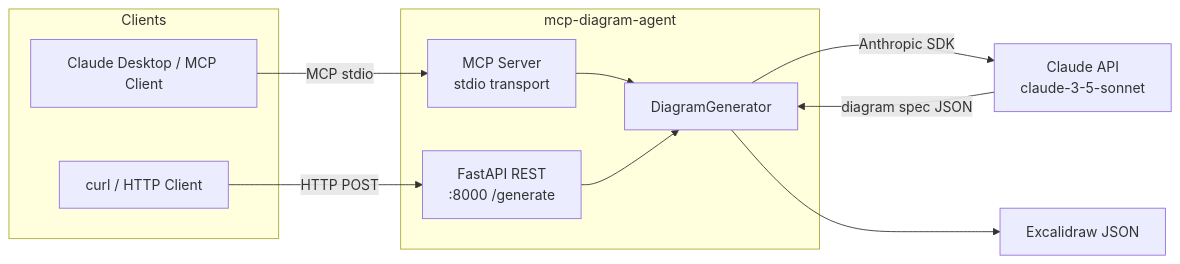
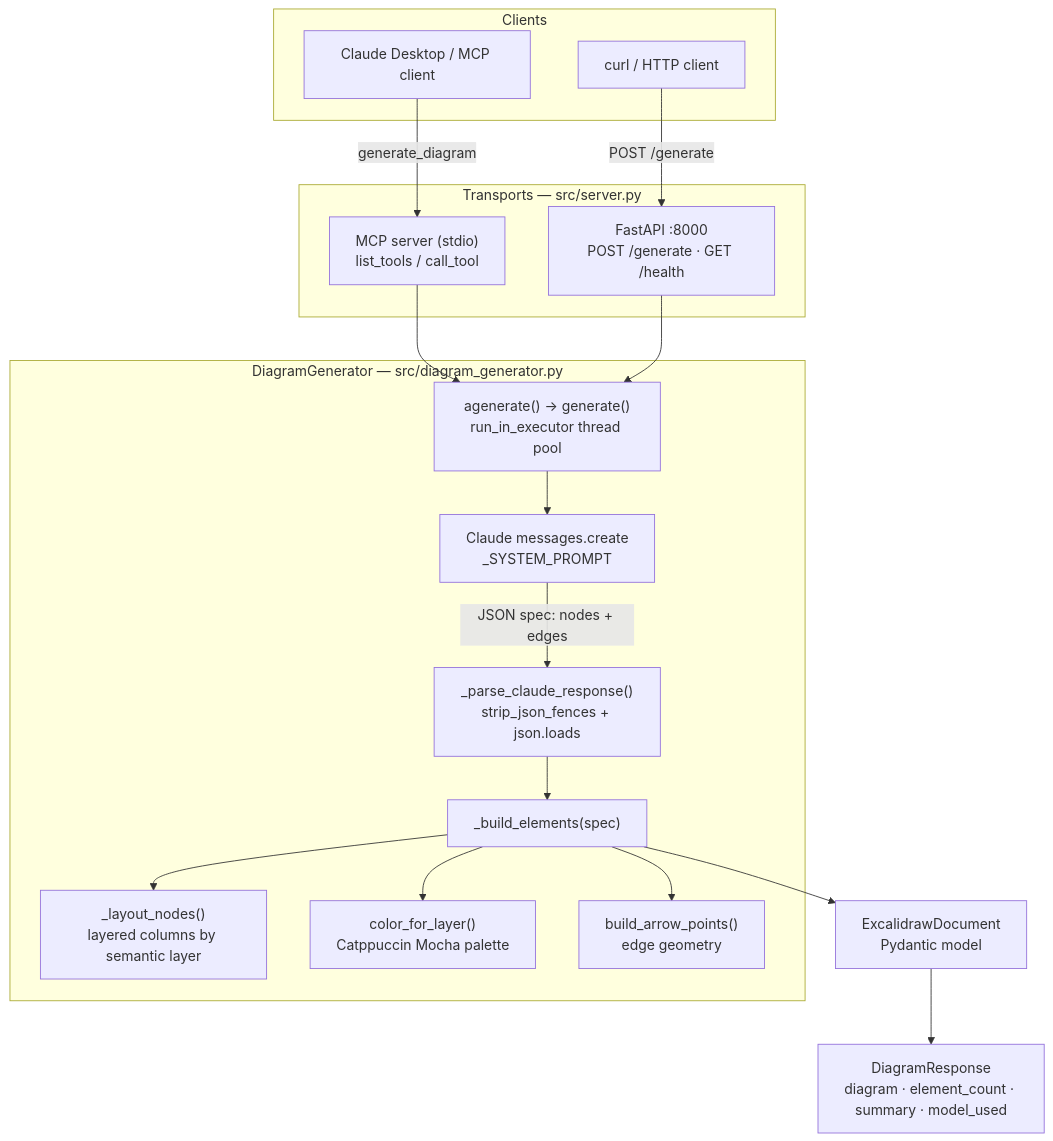
Before and after one commit to shaikn6/mcp-diagram-agent: the diagram in README.md, drawn with Mermaid. The commit also changed other lines of this file, not shown here.

Commit message:
docs: deepen architecture diagram and add how-it-works + tests to README

````diff
--- a/README.md
+++ b/README.md
@@ -18,24 +21,37 @@
 ```mermaid
-graph LR
-    subgraph Clients
-        A[Claude Desktop / MCP Client]
-        B[curl / HTTP Client]
+flowchart TD
+    subgraph clients[Clients]
+        MCPC[Claude Desktop / MCP client]
+        HTTP[curl / HTTP client]
     end
 
-    subgraph mcp-diagram-agent
-        C[MCP Server\nstdio transport]
-        D[FastAPI REST\n:8000 /generate]
-        E[DiagramGenerator]
+    subgraph transports[Transports — src/server.py]
+        MCP["MCP server (stdio)<br/>list_tools / call_tool"]
+        REST["FastAPI :8000<br/>POST /generate · GET /health"]
     end
 
-    F[Claude API\nclaude-3-5-sonnet]
-    G[Excalidraw JSON]
+    MCPC -- generate_diagram --> MCP
+    HTTP -- POST /generate --> REST
+    MCP --> GEN
+    REST --> GEN
 
-    A -- MCP stdio --> C
-    B -- HTTP POST --> D
-    C --> E
-    D --> E
-    E -- Anthropic SDK --> F
-    F -- diagram spec JSON --> E
-    E --> G
+    subgraph engine[DiagramGenerator — src/diagram_generator.py]
+        GEN["agenerate() → generate()<br/>run_in_executor thread pool"]
+        CLAUDE[Claude messages.create<br/>_SYSTEM_PROMPT]
+        PARSE["_parse_claude_response()<br/>strip_json_fences + json.loads"]
+        BUILD["_build_elements(spec)"]
+        LAYOUT["_layout_nodes()<br/>layered columns by semantic layer"]
+        COLOR["color_for_layer()<br/>Catppuccin Mocha palette"]
+        ARROW["build_arrow_points()<br/>edge geometry"]
+    end
+
+    GEN --> CLAUDE
+    CLAUDE -- JSON spec: nodes + edges --> PARSE
+    PARSE --> BUILD
+    BUILD --> LAYOUT
+    BUILD --> COLOR
+    BUILD --> ARROW
+
+    BUILD --> DOC[ExcalidrawDocument<br/>Pydantic model]
+    DOC --> RESP[DiagramResponse<br/>diagram · element_count · summary · model_used]
 ```
````
